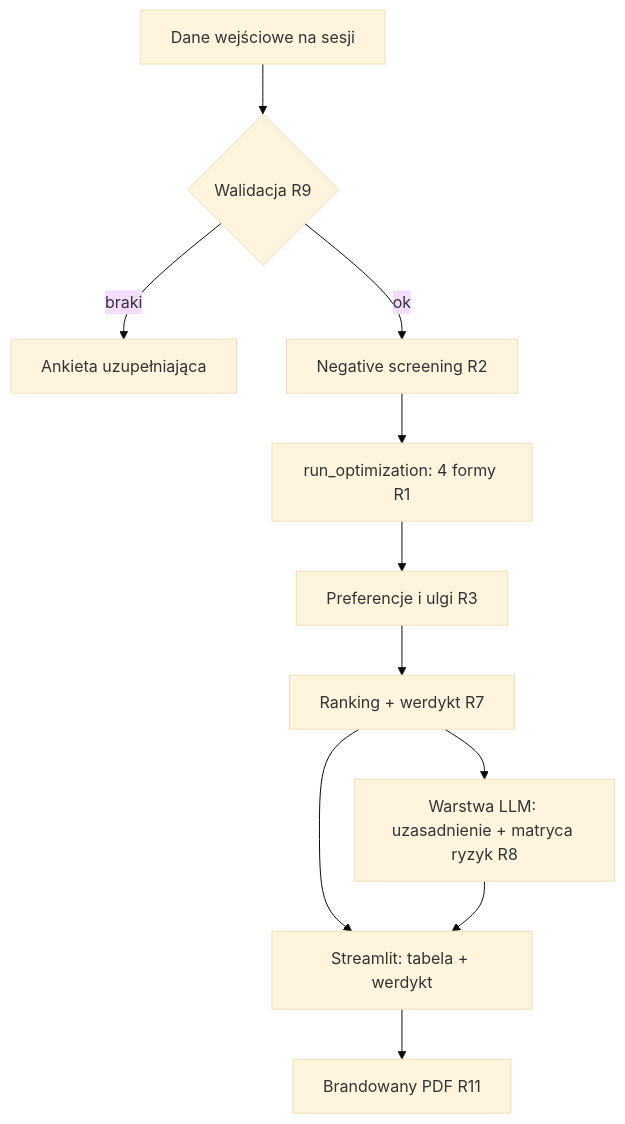
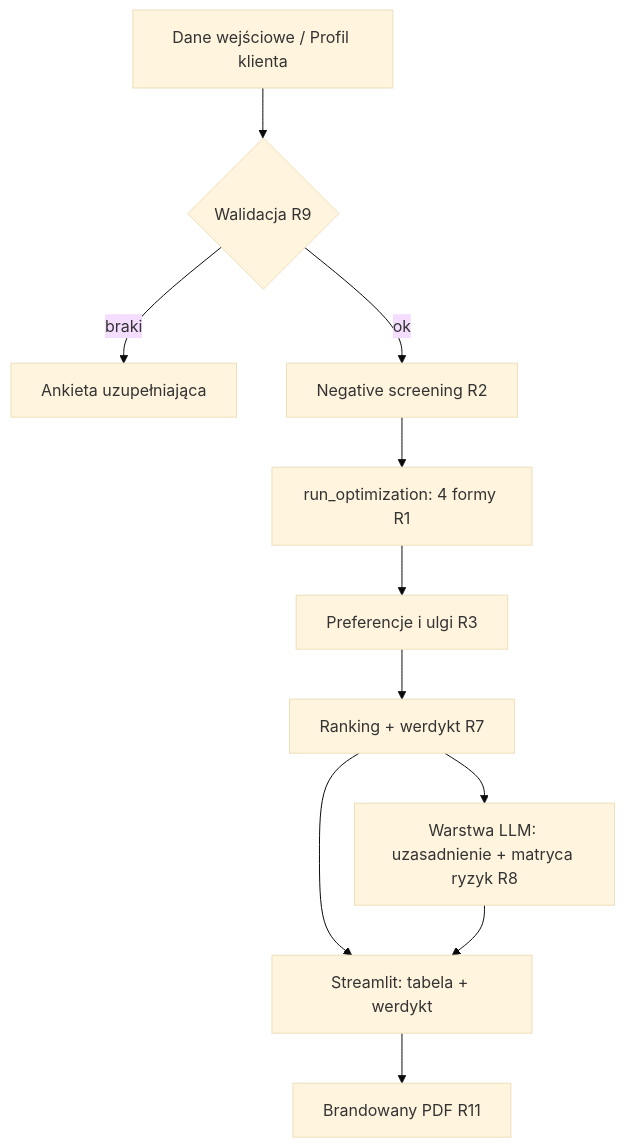
Before and after one commit to mjstrus/optymalizator-podatkowy: the diagram in 2026-06-22-001-feat-silnik-optymalizacji-podatkowej-plan.md, drawn with Mermaid (base theme). The commit also changed other lines of this file and 5 other files, not shown here.

````diff
--- a/2026-06-22-001-feat-silnik-optymalizacji-podatkowej-plan.md
+++ b/2026-06-22-001-feat-silnik-optymalizacji-podatkowej-plan.md
@@ -90,13 +87,13 @@
 ```mermaid
 flowchart TD
-    A[Dane wejściowe na sesji] --> V{Walidacja R9}
+    A[Dane wejściowe / Profil klienta] --> V{Walidacja R9}
     V -- braki --> ANK[Ankieta uzupełniająca]
     V -- ok --> S[Negative screening R2]
     S --> E[run_optimization: 4 formy R1]
     E --> P[Preferencje i ulgi R3]
     P --> R[Ranking + werdykt R7]
     R --> L[Warstwa LLM: uzasadnienie + matryca ryzyk R8]
     R --> UI[Streamlit: tabela + werdykt]
     L --> UI
     UI --> PDF[Brandowany PDF R11]
 ```
````
